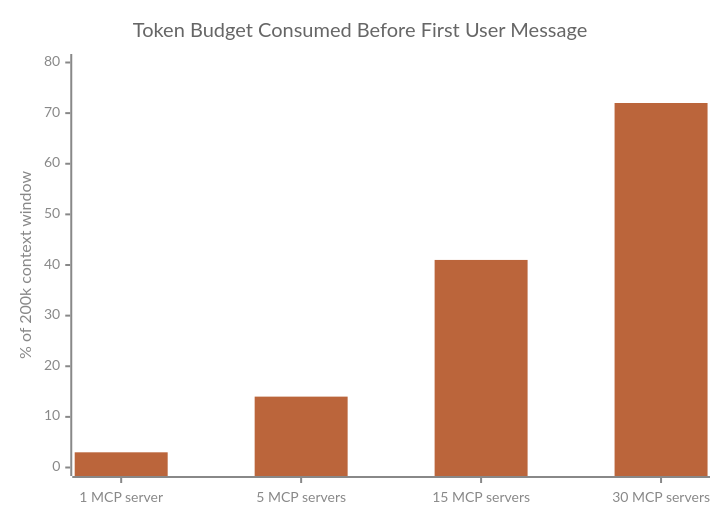
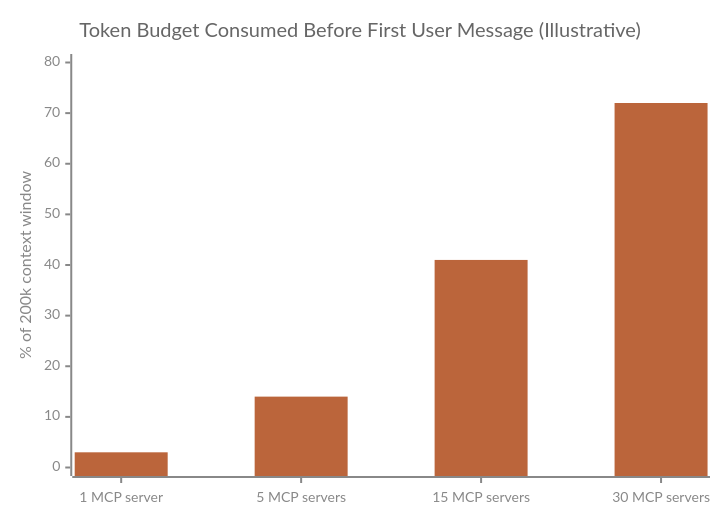
One commit to luisfelipess/ai-agent-architecture changed the diagram in src-markdown/vol1/07-comparison-and-economics.md. Above: the diagram before and after it, drawn with Mermaid. The commit also changed other lines of this file and 7 other files, not shown here.

````diff
--- a/src-markdown/vol1/07-comparison-and-economics.md
+++ b/src-markdown/vol1/07-comparison-and-economics.md
@@ -30,8 +30,8 @@
 ```mermaid
 %%{init: {'xychart': {'width': 900, 'height': 400}, 'themeVariables': {'xyChart': {'backgroundColor': 'transparent', 'plotColorPalette': '#bb653b', 'xAxisLabelColor': '#888888', 'xAxisTitleColor': '#888888', 'xAxisTickColor': '#888888', 'xAxisLineColor': '#888888', 'yAxisLabelColor': '#888888', 'yAxisTitleColor': '#888888', 'yAxisTickColor': '#888888', 'yAxisLineColor': '#888888', 'titleColor': '#666666'}}}}%%
 xychart-beta
-    title "Token Budget Consumed Before First User Message"
+    title "Token Budget Consumed Before First User Message (Illustrative)"
     x-axis ["1 MCP server", "5 MCP servers", "15 MCP servers", "30 MCP servers"]
     y-axis "% of 200k context window" 0 --> 80
     bar [3, 14, 41, 72]
 ```
````
